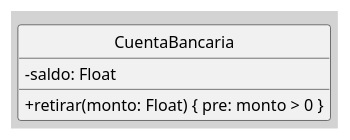
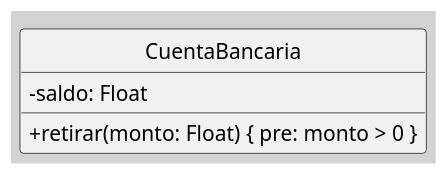
The first of 3 diagrams in src/site/notes/050 Base de Conocimientos/200  Mi Zettelkasten/100 Docencia/IS1/2025/Clase 08 Modelo Conceptual del UML - Elementos, Relaciones, Reglas y Mecanismos Comunes/Zk Modelo Conceptual del UML (Mecanismos Comunes).md (egrpy/egr-zettel-lectures), drawn with PlantUML before and after one commit. The commit also changed other lines of this file and 11 other files, not shown here.

````diff
--- a/src/site/notes/050 Base de Conocimientos/200  Mi Zettelkasten/100 Docencia/IS1/2025/Clase 08 Modelo Conceptual del UML - Elementos, Relaciones, Reglas y Mecanismos Comunes/Zk Modelo Conceptual del UML (Mecanismos Comunes).md
+++ b/src/site/notes/050 Base de Conocimientos/200  Mi Zettelkasten/100 Docencia/IS1/2025/Clase 08 Modelo Conceptual del UML - Elementos, Relaciones, Reglas y Mecanismos Comunes/Zk Modelo Conceptual del UML (Mecanismos Comunes).md
@@ -20,16 +20,17 @@
 ```plantuml
 @startuml
 !pragma layout smetana
 skinparam style strictuml
 skinparam classAttributeIconSize 0
 skinparam BackgroundColor LightGray
 'left to right direction
 top to bottom direction
 skinparam linetype ortho
 
+scale 1.3
 class CuentaBancaria { 
 	- saldo: Float 
 	+ retirar(monto: Float) { pre: monto > 0 }
 }
 @enduml
 ```
````
